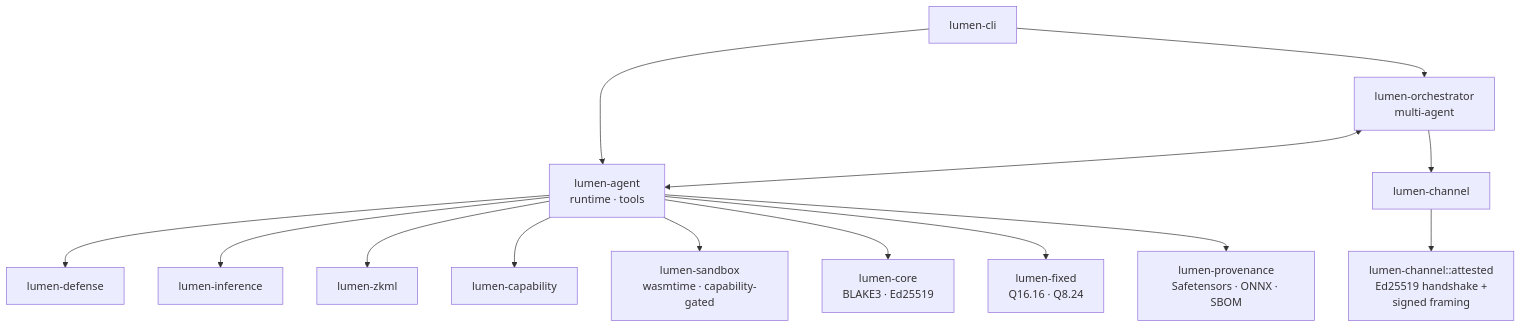
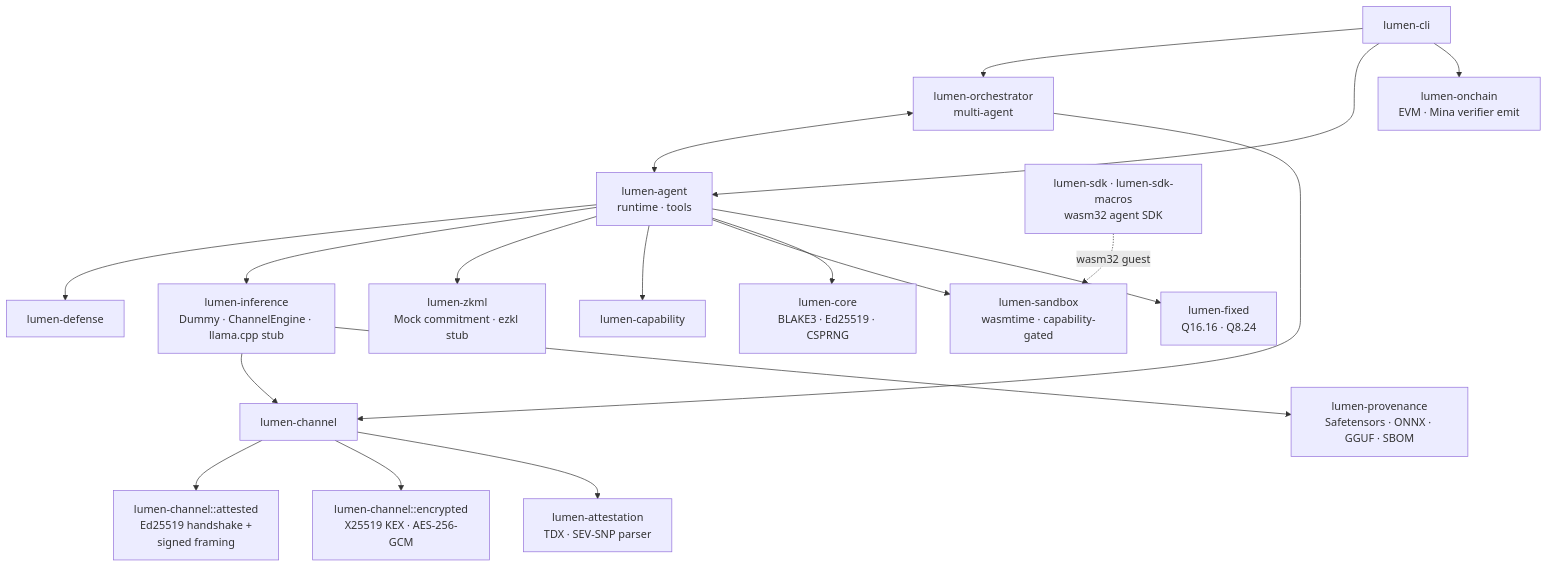
The third of 3 diagrams in INTRODUCTION.md (Quant-Off/lumen), drawn with Mermaid before and after one commit. The commit also changed other lines of this file and 1 other file, not shown here.

````diff
--- a/INTRODUCTION.md
+++ b/INTRODUCTION.md
@@ -218,16 +220,21 @@
 ```mermaid
 flowchart TD
     CLI[lumen-cli] --> ORCH[lumen-orchestrator<br/>multi-agent]
     CLI --> AG[lumen-agent<br/>runtime · tools]
+    CLI --> ONC[lumen-onchain<br/>EVM · Mina verifier emit]
     ORCH <--> AG
     AG --> DEF[lumen-defense]
-    AG --> INF[lumen-inference]
-    AG --> ZK[lumen-zkml]
+    AG --> INF[lumen-inference<br/>Dummy · ChannelEngine · llama.cpp stub]
+    AG --> ZK[lumen-zkml<br/>Mock commitment · ezkl stub]
     AG --> CAP[lumen-capability]
     ORCH --> CH[lumen-channel]
+    INF --> CH
     CH --> AT[lumen-channel::attested<br/>Ed25519 handshake +<br/>signed framing]
+    CH --> ENC[lumen-channel::encrypted<br/>X25519 KEX · AES-256-GCM]
+    CH --> ATT[lumen-attestation<br/>TDX · SEV-SNP parser]
     AG --> SBX[lumen-sandbox<br/>wasmtime · capability-gated]
-    AG --> CORE[lumen-core<br/>BLAKE3 · Ed25519]
+    SDK[lumen-sdk · lumen-sdk-macros<br/>wasm32 agent SDK] -. wasm32 guest .-> SBX
+    AG --> CORE[lumen-core<br/>BLAKE3 · Ed25519 · CSPRNG]
     AG --> FIX[lumen-fixed<br/>Q16.16 · Q8.24]
-    AG --> PROV[lumen-provenance<br/>Safetensors · ONNX · SBOM]
+    INF --> PROV[lumen-provenance<br/>Safetensors · ONNX · GGUF · SBOM]
 ```
````
